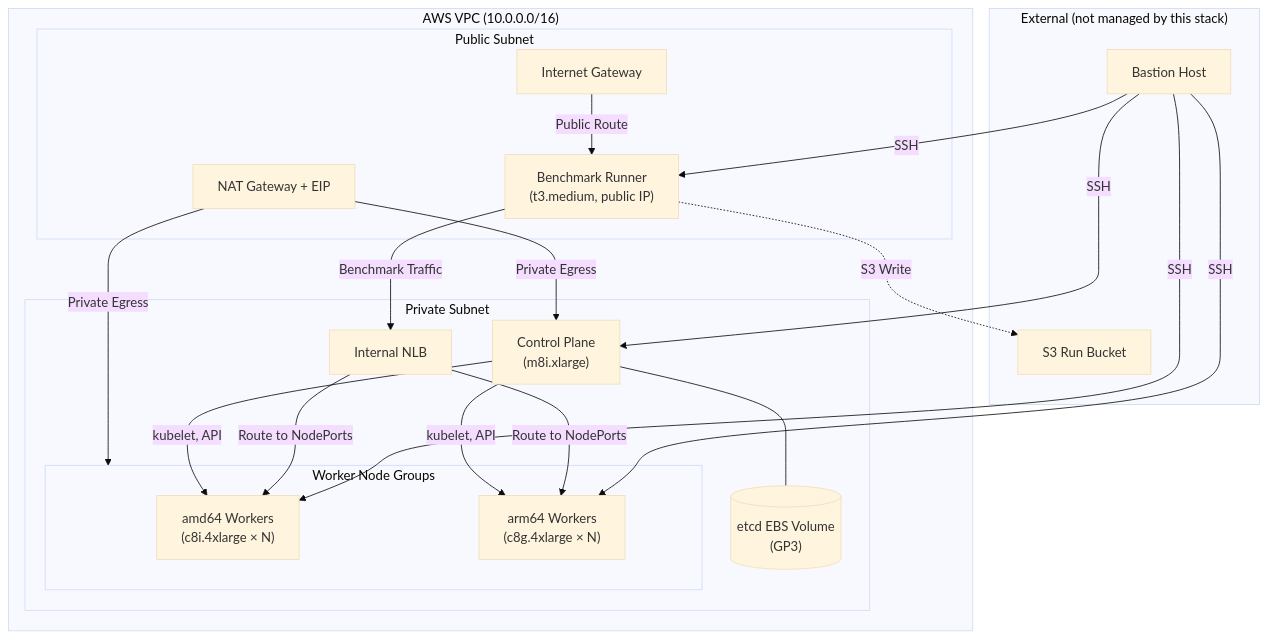
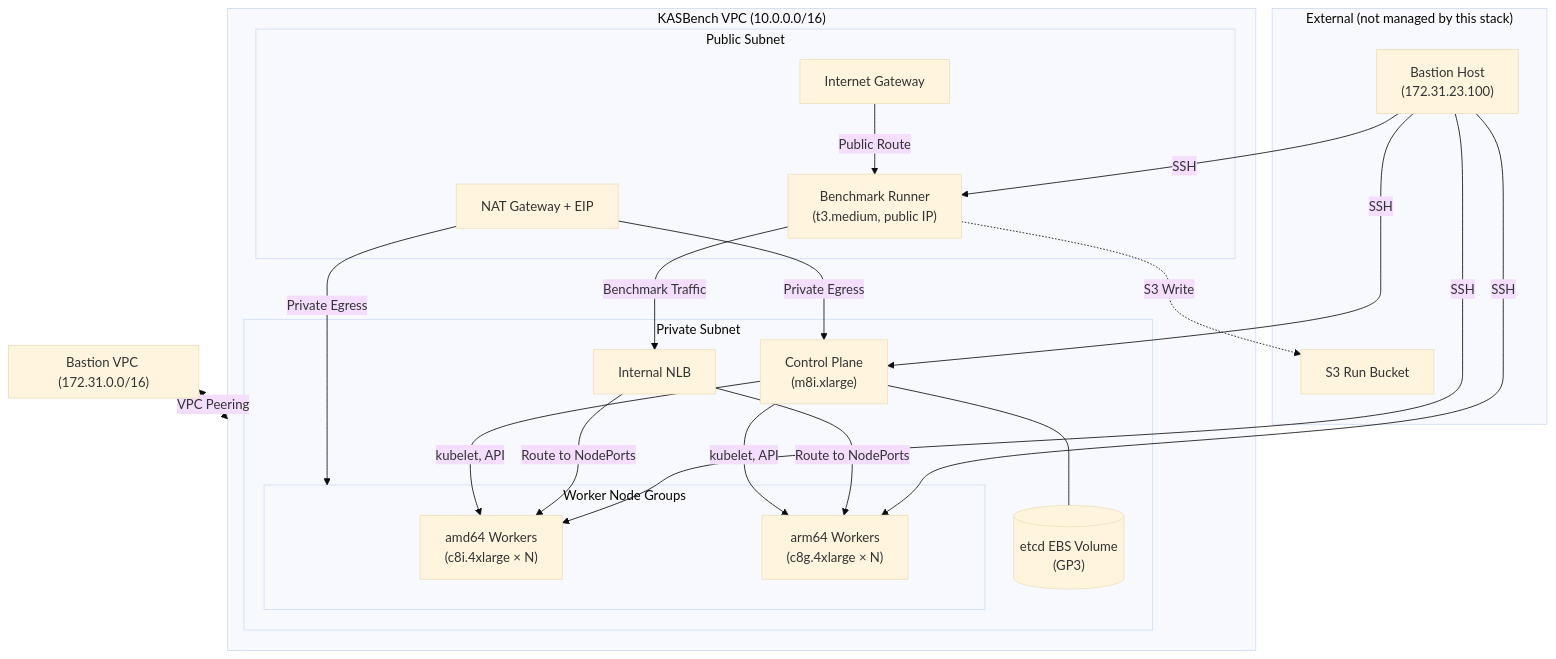
The diagram in README.md (kasbench/benchmark-infrastructure), drawn with Mermaid (base theme) before and after one commit. The commit also changed other lines of this file, not shown here.

````diff
--- a/README.md
+++ b/README.md
@@ -7,44 +7,50 @@
 ```mermaid
 graph TB
     subgraph External["External (not managed by this stack)"]
-        Bastion["Bastion Host"]
+        Bastion["Bastion Host<br/>(172.31.23.100)"]
         S3["S3 Run Bucket"]
     end
 
-    subgraph VPC["AWS VPC (10.0.0.0/16)"]
+    subgraph BastionVPC["Bastion VPC (172.31.0.0/16)"]
+        Bastion
+    end
+
+    subgraph VPC["KASBench VPC (10.0.0.0/16)"]
         subgraph Public["Public Subnet"]
             IGW["Internet Gateway"]
             NAT["NAT Gateway + EIP"]
             Runner["Benchmark Runner<br/>(t3.medium, public IP)"]
         end
 
         subgraph Private["Private Subnet"]
             CP["Control Plane<br/>(m8i.xlarge)"]
             EtcdVol[("etcd EBS Volume<br/>(GP3)")]
             subgraph Workers["Worker Node Groups"]
                 AMD64["amd64 Workers<br/>(c8i.4xlarge × N)"]
                 ARM64["arm64 Workers<br/>(c8g.4xlarge × N)"]
             end
             NLB["Internal NLB"]
         end
     end
+
+    BastionVPC <-->|VPC Peering| VPC
 
     Bastion -->|SSH| Runner
     Bastion -->|SSH| CP
     Bastion -->|SSH| AMD64
     Bastion -->|SSH| ARM64
 
     Runner -->|Benchmark Traffic| NLB
     NLB -->|Route to NodePorts| AMD64
     NLB -->|Route to NodePorts| ARM64
 
     CP --- EtcdVol
     CP -->|kubelet, API| AMD64
     CP -->|kubelet, API| ARM64
 
     IGW -->|Public Route| Runner
     NAT -->|Private Egress| CP
     NAT -->|Private Egress| Workers
 
     Runner -.->|S3 Write| S3
 ```
````
